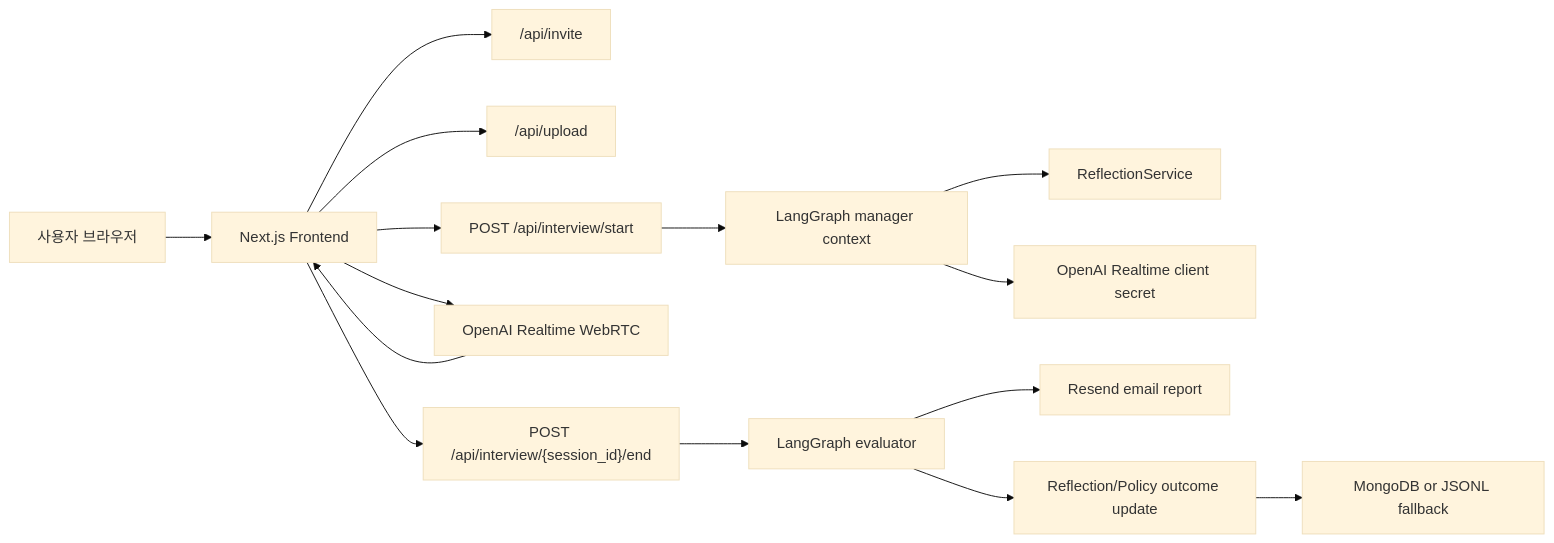
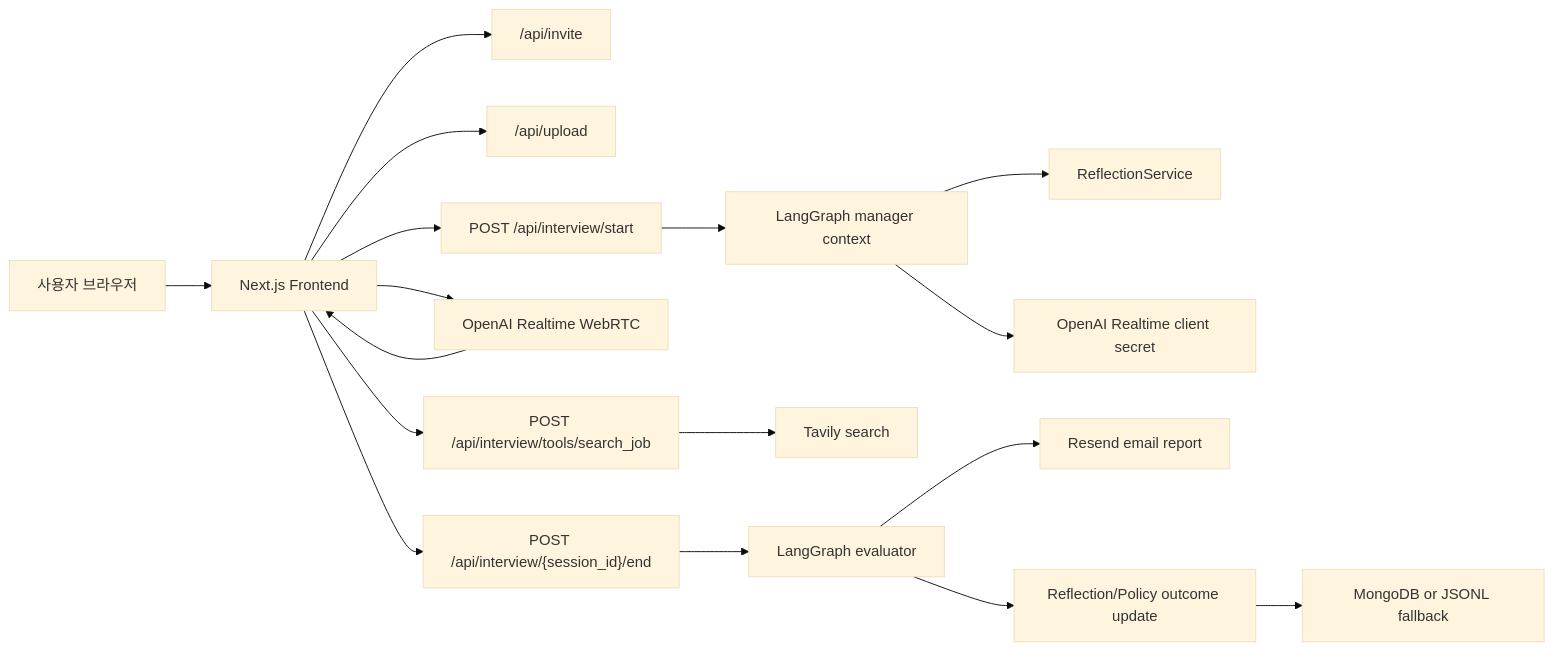
The diagram in docs/techtree-wiki.md (haebo9/ai-techtree-project), drawn with Mermaid (base theme) before and after one commit. The commit also changed other lines of this file and 5 other files, not shown here.

````diff
--- a/docs/techtree-wiki.md
+++ b/docs/techtree-wiki.md
@@ -19,17 +27,19 @@
 ```mermaid
 flowchart LR
     User["사용자 브라우저"] --> FE["Next.js Frontend"]
     FE --> Invite["/api/invite"]
     FE --> Upload["/api/upload"]
     FE --> Start["POST /api/interview/start"]
     Start --> Manager["LangGraph manager context"]
     Manager --> Reflection["ReflectionService"]
     Manager --> RealtimeSecret["OpenAI Realtime client secret"]
     FE --> WebRTC["OpenAI Realtime WebRTC"]
     WebRTC --> FE
+    FE --> ToolSearch["POST /api/interview/tools/search_job"]
+    ToolSearch --> Tavily["Tavily search"]
     FE --> End["POST /api/interview/{session_id}/end"]
     End --> Evaluator["LangGraph evaluator"]
     Evaluator --> Email["Resend email report"]
     Evaluator --> ReflectionWrite["Reflection/Policy outcome update"]
     ReflectionWrite --> Store["MongoDB or JSONL fallback"]
 ```
````
